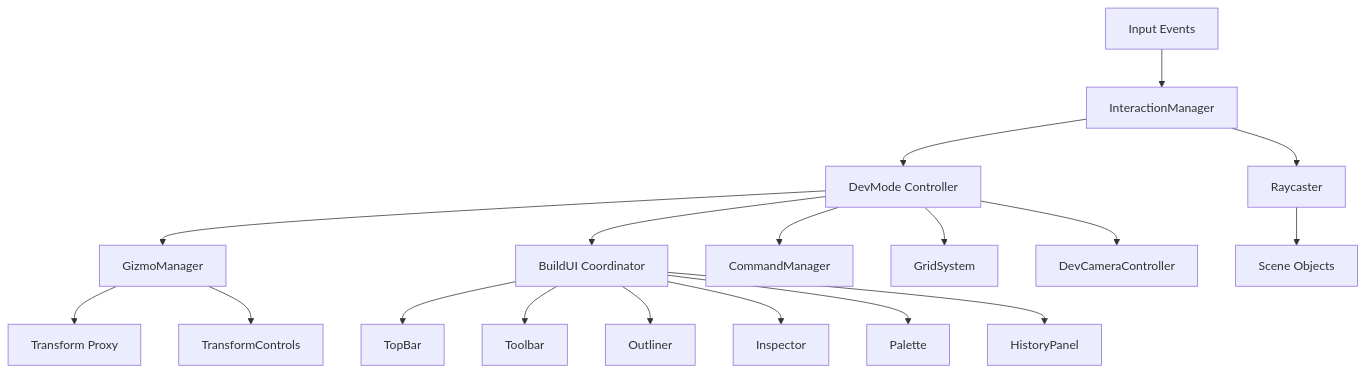
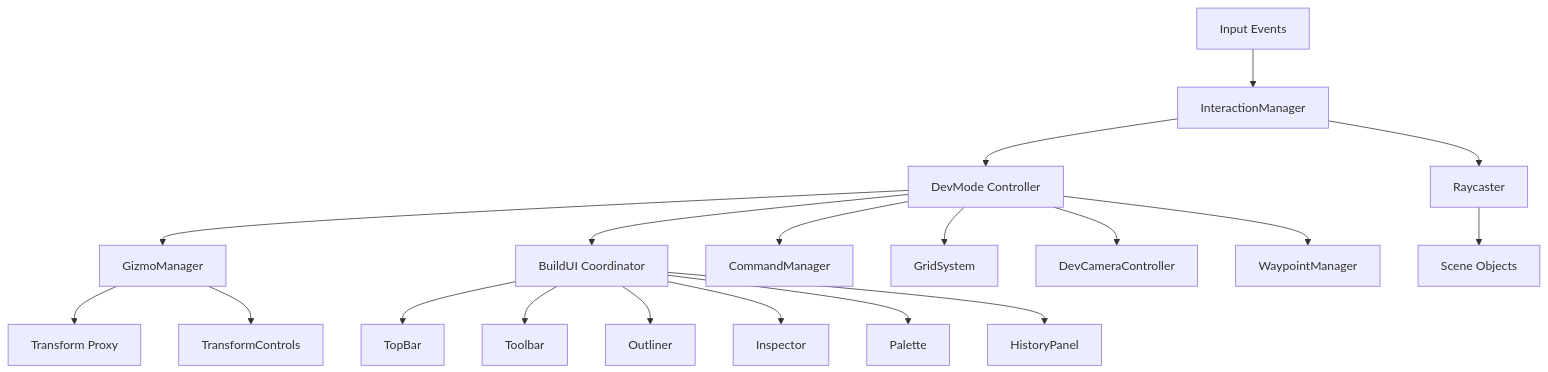
The diagram in docs/dev_tools.md (DanteMarone/Drone-City-Flight), drawn with Mermaid before and after one commit. The commit also changed other lines of this file and 5 other files, not shown here.

First line of the commit message:
Refactor DevMode waypoint logic into separate manager

````diff
--- a/docs/dev_tools.md
+++ b/docs/dev_tools.md
@@ -10,24 +10,25 @@
 ```mermaid
 graph TD
     Input[Input Events] --> Interaction[InteractionManager]
     Interaction --> DevMode[DevMode Controller]
 
     DevMode --> Gizmo[GizmoManager]
     DevMode --> BuildUI[BuildUI Coordinator]
     DevMode --> History[CommandManager]
     DevMode --> Grid[GridSystem]
     DevMode --> Cam[DevCameraController]
+    DevMode --> Waypoint[WaypointManager]
 
     BuildUI --> TopBar
     BuildUI --> Toolbar
     BuildUI --> Outliner
     BuildUI --> Inspector
     BuildUI --> Palette
     BuildUI --> HistoryPanel
 
     Gizmo --> Proxy[Transform Proxy]
     Gizmo --> Controls[TransformControls]
 
     Interaction --> Raycast[Raycaster]
     Raycast --> Scene[Scene Objects]
 ```
````
